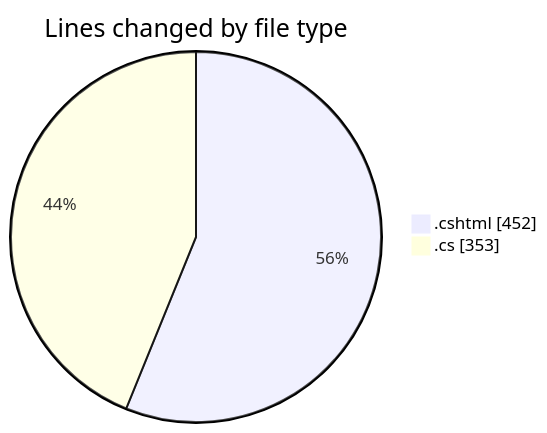
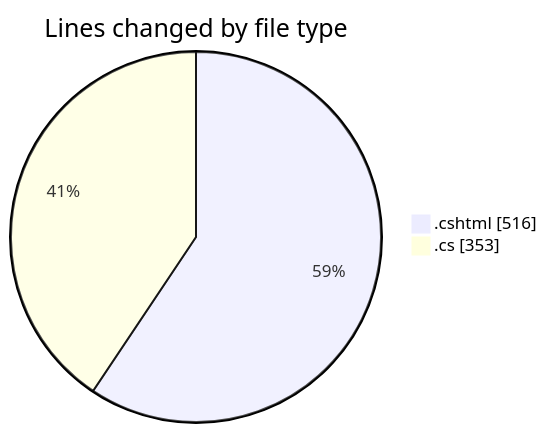
The first of 2 diagrams in 2025-07-17/nhahang/README.md (lephambinh05/code-tracking), drawn with Mermaid before and after one commit. The commit also changed other lines of this file and 1 other file, not shown here.

````diff
--- a/2025-07-17/nhahang/README.md
+++ b/2025-07-17/nhahang/README.md
@@ -32,6 +32,6 @@
 ```mermaid
 pie showData
 title Lines changed by file type
-".cshtml" : 452
+".cshtml" : 516
 ".cs" : 353
 ```
````
